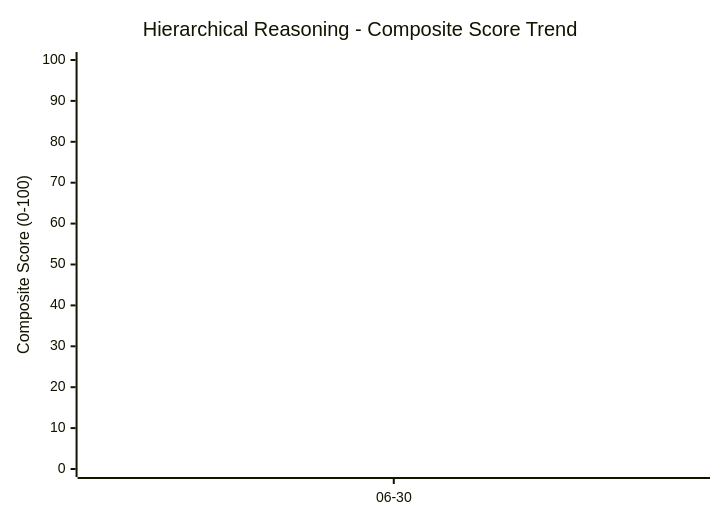
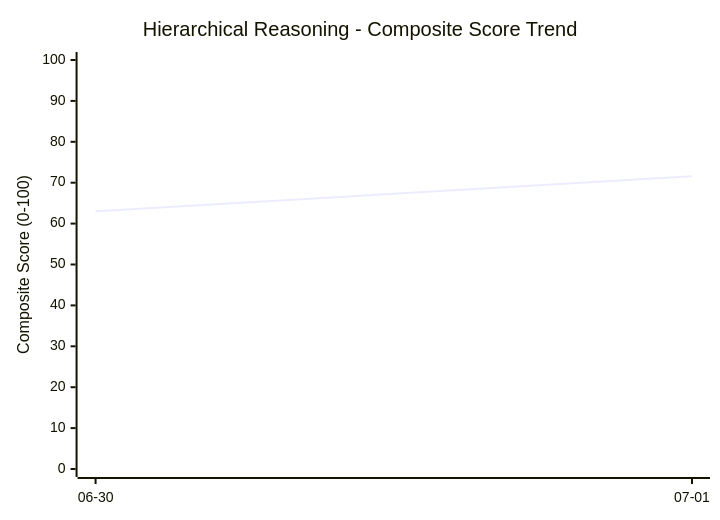
The diagram in reasoning-framework/progress/tracker.md (etai83/agentic_trading_orchestration), drawn with Mermaid before and after one commit. The commit also changed other lines of this file and 1 other file, not shown here.

Commit message:
feat: add 2026-07-01 thought deconstruction session and update tracker

````diff
--- a/reasoning-framework/progress/tracker.md
+++ b/reasoning-framework/progress/tracker.md
@@ -11,7 +12,7 @@
 ```mermaid
 xychart-beta
     title "Hierarchical Reasoning - Composite Score Trend"
-    x-axis ["06-30"]
+    x-axis ["06-30", "07-01"]
     y-axis "Composite Score (0-100)" 0 --> 100
-    line [63.0]
+    line [63.0, 71.6]
 ```
````
